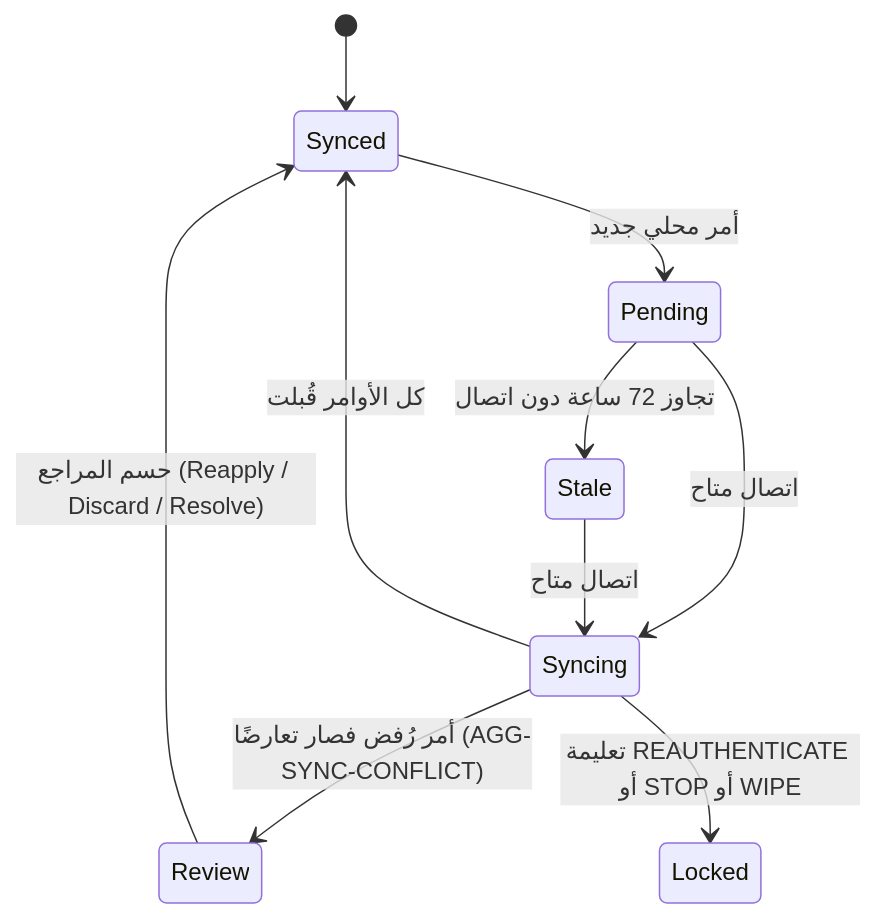
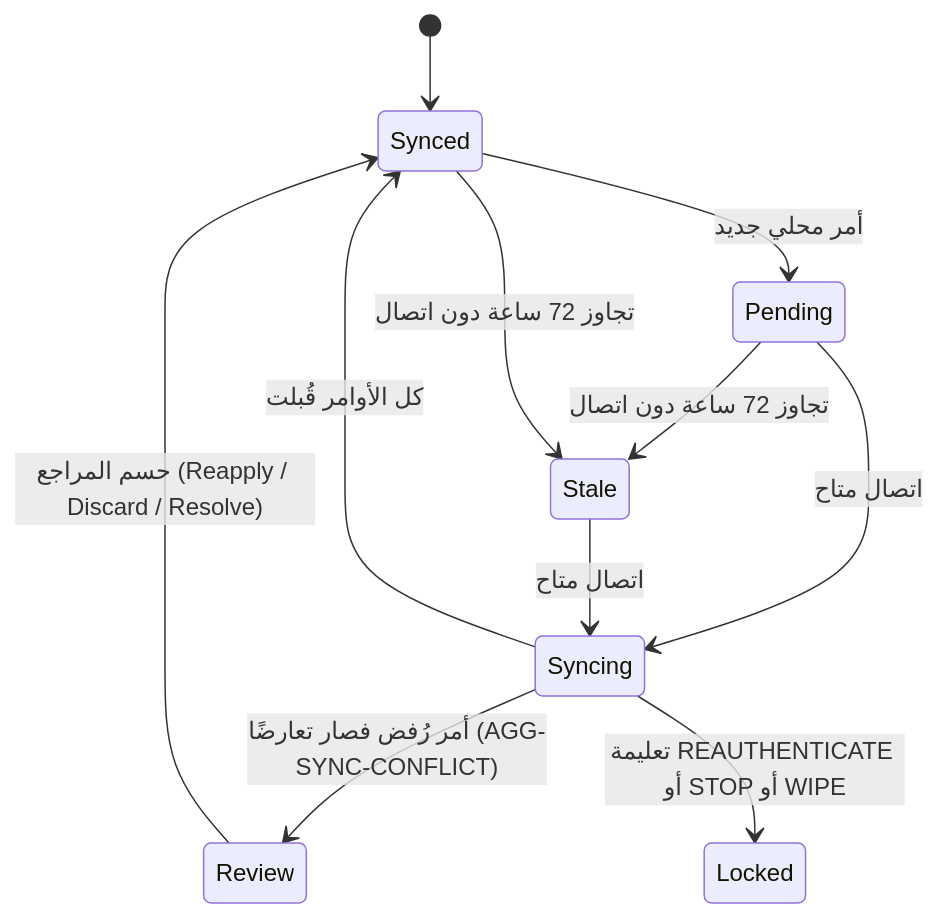
Before and after one commit to Ayoubkhattab/Planing: the third of 3 diagrams in spec/18-analysis-design/21-ui-design.md, drawn with Mermaid. The commit also changed other lines of this file and 9 other files, not shown here.

````diff
--- a/spec/18-analysis-design/21-ui-design.md
+++ b/spec/18-analysis-design/21-ui-design.md
@@ -243,12 +258,13 @@
 ```mermaid
 stateDiagram-v2
   [*] --> Synced
   Synced --> Pending: أمر محلي جديد
   Pending --> Syncing: اتصال متاح
   Syncing --> Synced: كل الأوامر قُبلت
   Syncing --> Review: أمر رُفض فصار تعارضًا (AGG-SYNC-CONFLICT)
   Review --> Synced: حسم المراجع (Reapply / Discard / Resolve)
   Pending --> Stale: تجاوز 72 ساعة دون اتصال
+  Synced --> Stale: تجاوز 72 ساعة دون اتصال
   Stale --> Syncing: اتصال متاح
   Syncing --> Locked: تعليمة REAUTHENTICATE أو STOP أو WIPE
 ```
````
